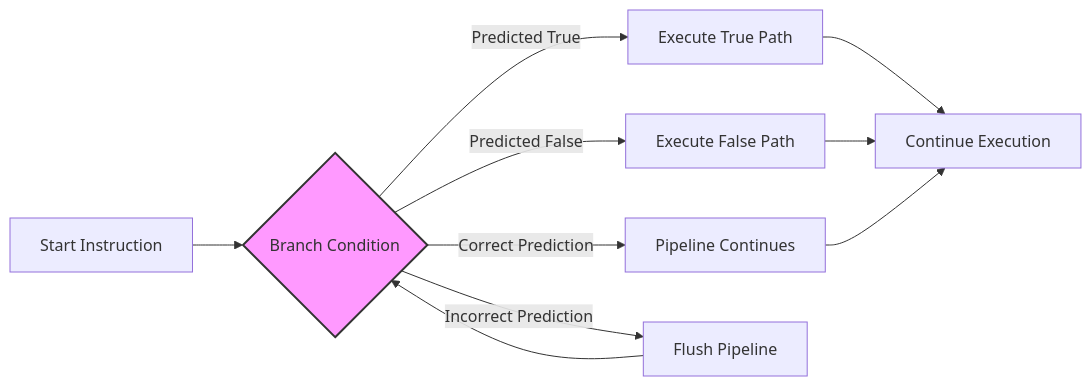
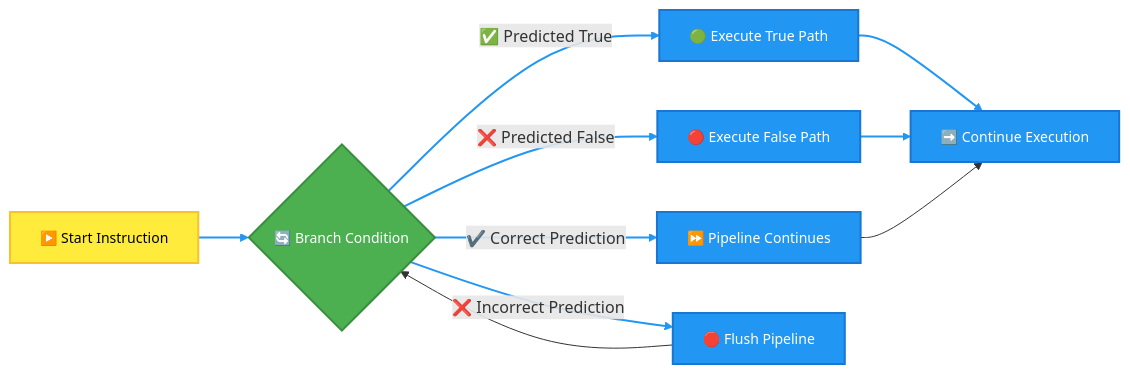
One commit to infoyouth/infoyouth.github.io changed the tenth of 12 diagrams in _posts/2024-12-20-13.-c-preprocessor.md. Above: the diagram before and after it, drawn with Mermaid. The commit also changed other lines of this file, not shown here.

````diff
--- a/_posts/2024-12-20-13.-c-preprocessor.md
+++ b/_posts/2024-12-20-13.-c-preprocessor.md
@@ -1982,13 +2207,31 @@
 ```mermaid
 graph LR
-    A[Start Instruction] --> B{Branch Condition};
-    B -- Predicted True --> C[Execute True Path];
-    B -- Predicted False --> D[Execute False Path];
-    C --> E[Continue Execution];
+    A[▶️ Start Instruction] --> B{🔄 Branch Condition};
+    B -- ✅ Predicted True --> C[🟢 Execute True Path];
+    B -- ❌ Predicted False --> D[🔴 Execute False Path];
+    C --> E[➡️ Continue Execution];
     D --> E;
-    B -- Correct Prediction --> F[Pipeline Continues];
-    B -- Incorrect Prediction --> G[Flush Pipeline];
+    B -- ✔️ Correct Prediction --> F[⏩ Pipeline Continues];
+    B -- ❌ Incorrect Prediction --> G[🛑 Flush Pipeline];
     G --> B
-    F -->E
-    style B fill:#f9f,stroke:#333,stroke-width:2px
+    F --> E
+
+    class A start;
+    class B decision;
+    class C,D process;
+    class E,F,G process;
+
+    classDef start fill:#FFEB3B,stroke:#FBC02D,stroke-width:2px,color:#000000,font-size:14px,corner-radius:10px;
+    classDef decision fill:#4CAF50,stroke:#388E3C,stroke-width:2px,color:#FFFFFF,font-size:14px,corner-radius:10px;
+    classDef process fill:#2196F3,stroke:#1976D2,stroke-width:2px,color:#FFFFFF,font-size:14px,corner-radius:10px;
+    classDef enprocessd fill:#FF9800,stroke:#F57C00,stroke-width:2px,color:#FFFFFF,font-size:14px,corner-radius:10px;
+
+    linkStyle 0 stroke:#2196F3,stroke-width:2px;
+    linkStyle 1 stroke:#2196F3,stroke-width:2px;
+    linkStyle 2 stroke:#2196F3,stroke-width:2px;
+    linkStyle 3 stroke:#2196F3,stroke-width:2px;
+    linkStyle 4 stroke:#2196F3,stroke-width:2px;
+    linkStyle 5 stroke:#2196F3,stroke-width:2px;
+    linkStyle 6 stroke:#2196F3,stroke-width:2px;
+
 ```
````
